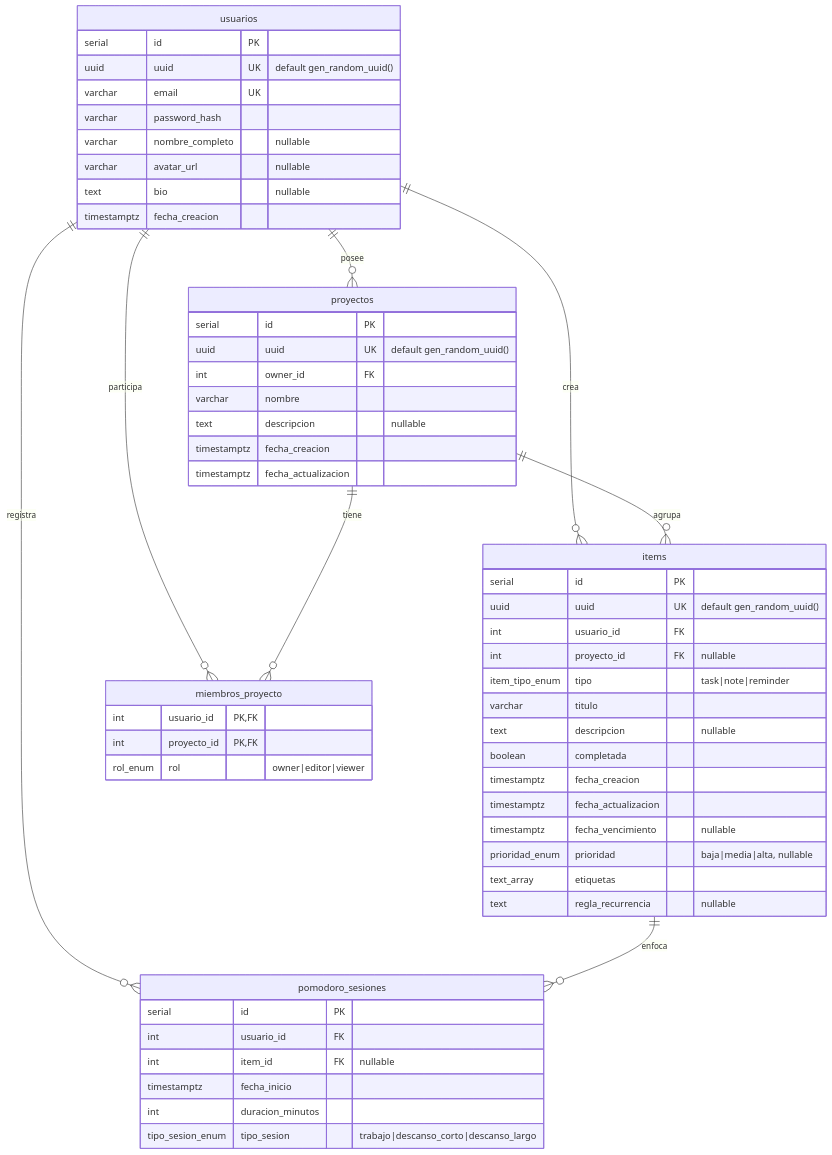
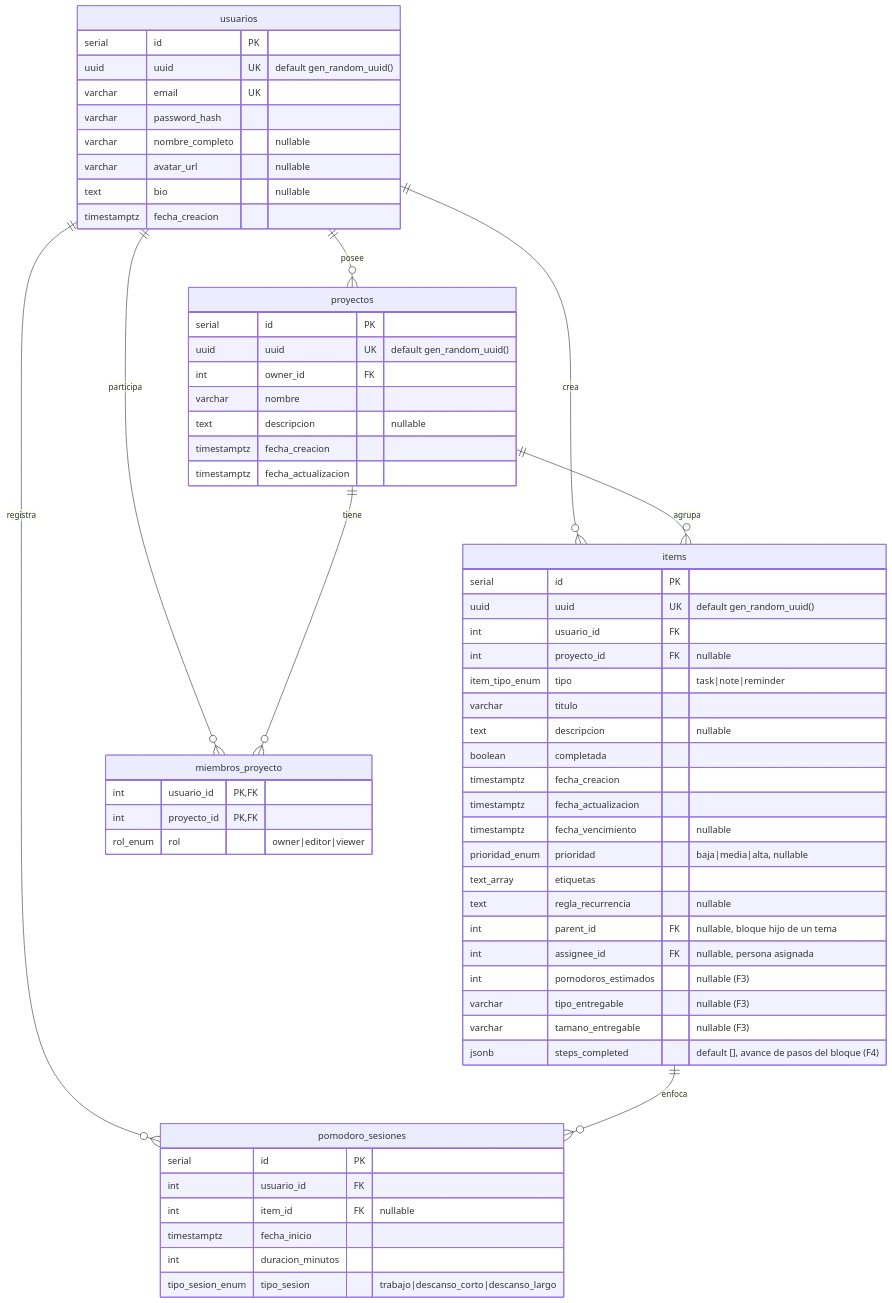
One commit to Stevenjsg/backend-ToDo changed the second of 2 diagrams in docs/SDD.md. Above: the diagram before and after it, drawn with Mermaid. The commit also changed other lines of this file and 4 other files, not shown here.

````diff
--- a/docs/SDD.md
+++ b/docs/SDD.md
@@ -162,63 +164,69 @@
 ```mermaid
 erDiagram
     usuarios ||--o{ items : crea
     usuarios ||--o{ proyectos : posee
     usuarios ||--o{ miembros_proyecto : participa
     usuarios ||--o{ pomodoro_sesiones : registra
     proyectos ||--o{ miembros_proyecto : tiene
     proyectos ||--o{ items : agrupa
     items ||--o{ pomodoro_sesiones : enfoca
 
     usuarios {
         serial id PK
         uuid uuid UK "default gen_random_uuid()"
         varchar email UK
         varchar password_hash
         varchar nombre_completo "nullable"
         varchar avatar_url "nullable"
         text bio "nullable"
         timestamptz fecha_creacion
     }
 
     proyectos {
         serial id PK
         uuid uuid UK "default gen_random_uuid()"
         int owner_id FK
         varchar nombre
         text descripcion "nullable"
         timestamptz fecha_creacion
         timestamptz fecha_actualizacion
     }
 
     miembros_proyecto {
         int usuario_id PK,FK
         int proyecto_id PK,FK
         rol_enum rol "owner|editor|viewer"
     }
 
     items {
         serial id PK
         uuid uuid UK "default gen_random_uuid()"
         int usuario_id FK
         int proyecto_id FK "nullable"
         item_tipo_enum tipo "task|note|reminder"
         varchar titulo
         text descripcion "nullable"
         boolean completada
         timestamptz fecha_creacion
         timestamptz fecha_actualizacion
         timestamptz fecha_vencimiento "nullable"
         prioridad_enum prioridad "baja|media|alta, nullable"
         text_array etiquetas
         text regla_recurrencia "nullable"
+        int parent_id FK "nullable, bloque hijo de un tema"
+        int assignee_id FK "nullable, persona asignada"
+        int pomodoros_estimados "nullable (F3)"
+        varchar tipo_entregable "nullable (F3)"
+        varchar tamano_entregable "nullable (F3)"
+        jsonb steps_completed "default [], avance de pasos del bloque (F4)"
     }
 
     pomodoro_sesiones {
         serial id PK
         int usuario_id FK
         int item_id FK "nullable"
         timestamptz fecha_inicio
         int duracion_minutos
         tipo_sesion_enum tipo_sesion "trabajo|descanso_corto|descanso_largo"
     }
 ```
````
